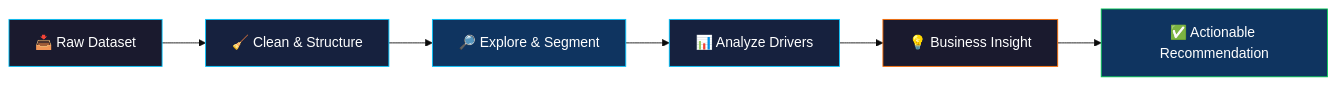
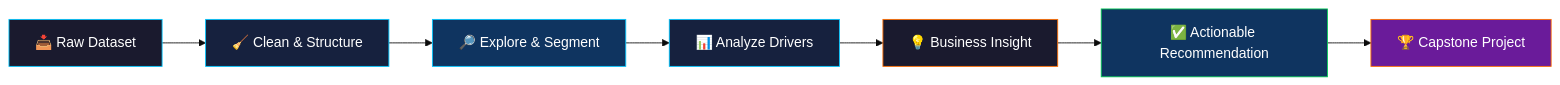
Before and after one commit to SankalpSinghRanaut/7-Days-7-DA-Project-and-Case-Study: the first of 2 diagrams in README.md, drawn with Mermaid (base theme). The commit also changed other lines of this file, not shown here.

````diff
--- a/README.md
+++ b/README.md
@@ -36,15 +36,17 @@
 ```mermaid
 flowchart LR
     A["📥 Raw Dataset"] --> B["🧹 Clean & Structure"]
     B --> C["🔎 Explore & Segment"]
     C --> D["📊 Analyze Drivers"]
     D --> E["💡 Business Insight"]
     E --> F["✅ Actionable Recommendation"]
+    F --> G["🏆 Capstone Project"]
 
     style A fill:#1a1a2e,stroke:#00c6ff,color:#fff
     style B fill:#16213e,stroke:#00c6ff,color:#fff
     style C fill:#0f3460,stroke:#00c6ff,color:#fff
     style D fill:#16213e,stroke:#00c6ff,color:#fff
     style E fill:#1a1a2e,stroke:#ff6d00,color:#fff
     style F fill:#0f3460,stroke:#00c853,color:#fff
+    style G fill:#6a1b9a,stroke:#ff6d00,color:#fff
 ```
````
